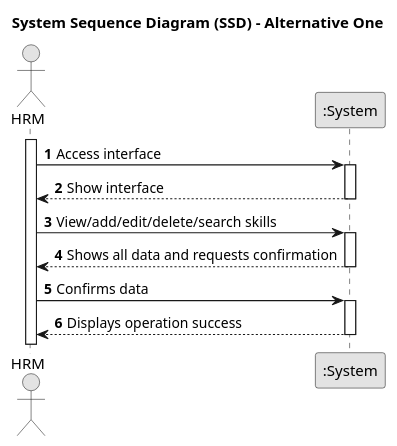
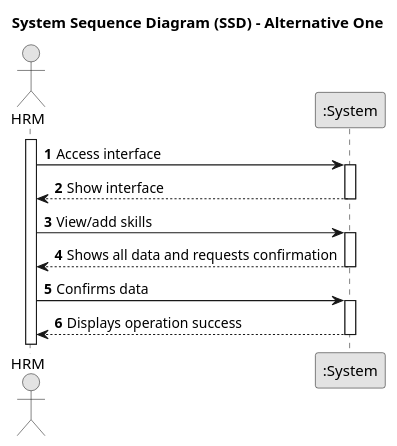
Before and after one commit to SAEmanuel/Green_Spaces_Management_ISEP: the diagram in docs/sprintA/us001/01.requirements-engineering/puml/us001-system-sequence-diagram-alternative-one.puml, drawn with PlantUML. The commit also changed 1 other file, not shown here.

```diff
--- a/docs/sprintA/us001/01.requirements-engineering/puml/us001-system-sequence-diagram-alternative-one.puml
+++ b/docs/sprintA/us001/01.requirements-engineering/puml/us001-system-sequence-diagram-alternative-one.puml
@@ -1,35 +1,35 @@
 @startuml
 skinparam monochrome true
 skinparam packageStyle rectangle
 skinparam shadowing false
 
 title System Sequence Diagram (SSD) - Alternative One
 
 autonumber
 
 actor "HRM" as Employee
 participant ":System" as System
 
 
 activate Employee
 
     Employee -> System : Access interface
     activate System
 
         System --> Employee : Show interface
     deactivate System
 
-    Employee -> System : View/add/edit/delete/search skills
+    Employee -> System : View/add skills
 
     activate System
 
         System --> Employee : Shows all data and requests confirmation
     deactivate System
 
     Employee -> System : Confirms data
     activate System
 
         System --> Employee : Displays operation success
     deactivate System
 
 @enduml
```
